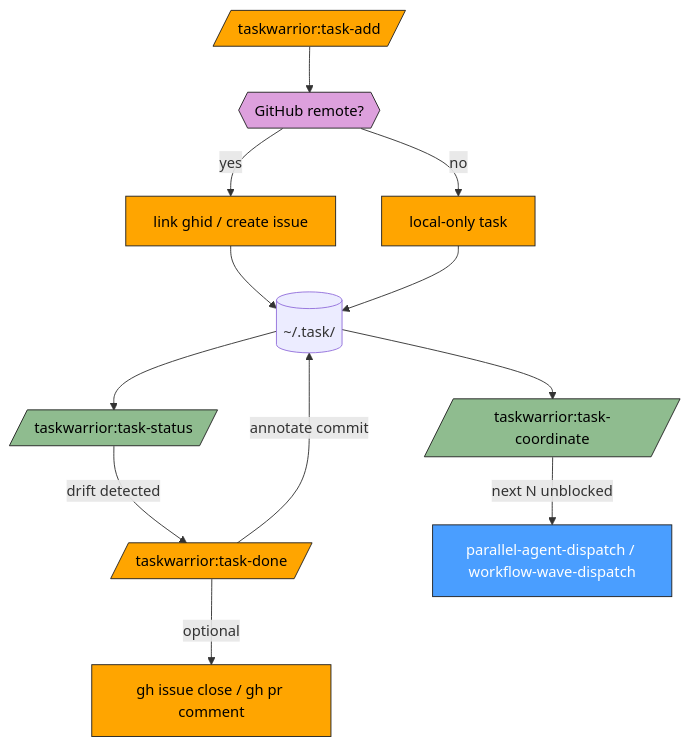
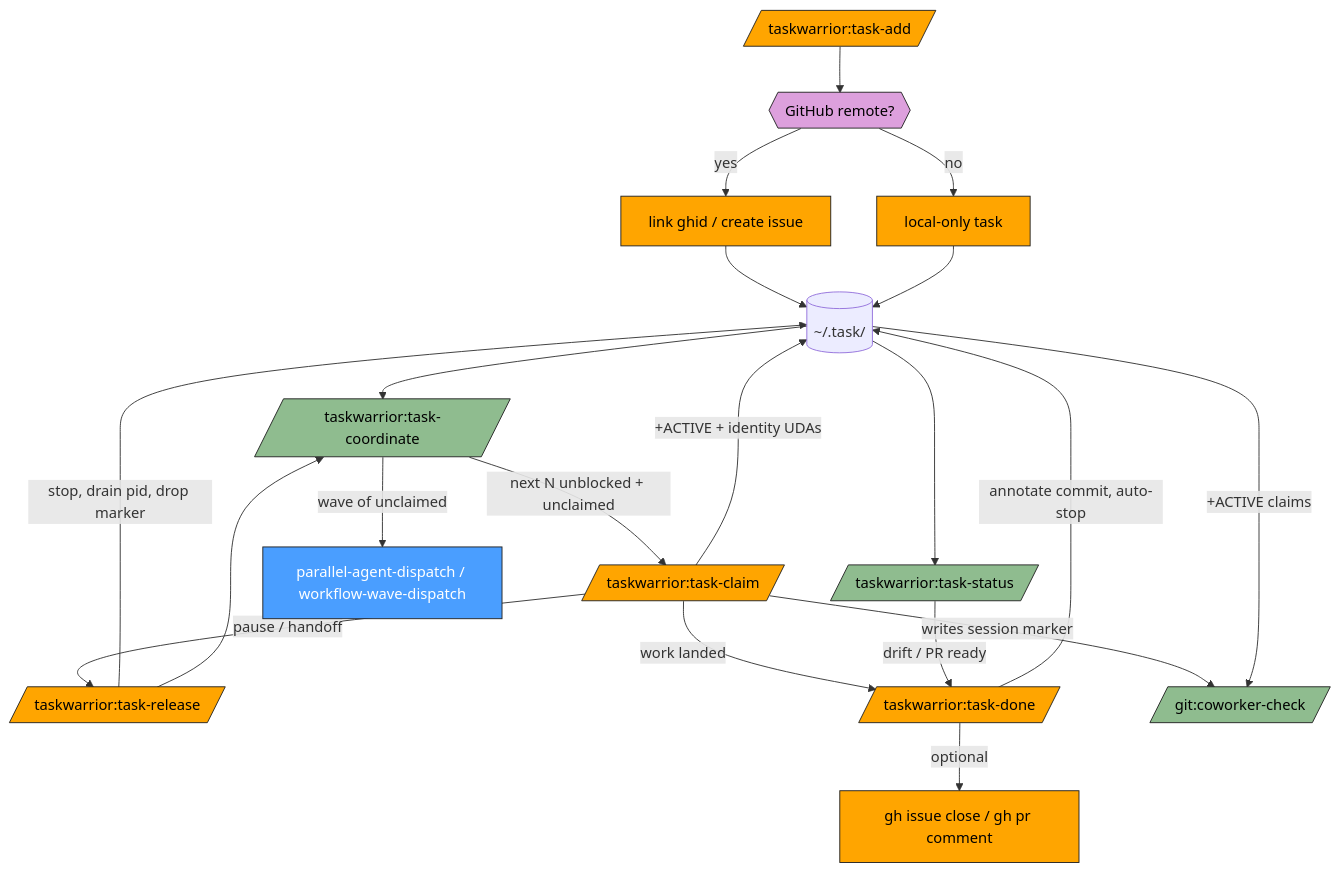
The diagram in taskwarrior-plugin/docs/flow.md (laurigates/claude-plugins), drawn with Mermaid before and after one commit. The commit also changed other lines of this file and 7 other files, not shown here.

First line of the commit message:
feat(taskwarrior-plugin): add task-claim and task-release for agent identity coordination

````diff
--- a/taskwarrior-plugin/docs/flow.md
+++ b/taskwarrior-plugin/docs/flow.md
@@ -5,29 +5,43 @@
 ```mermaid
 flowchart TD
     ADD[/taskwarrior:task-add/]:::fix
     STATUS[/taskwarrior:task-status/]:::check
     COORD[/taskwarrior:task-coordinate/]:::check
+    CLAIM[/taskwarrior:task-claim/]:::fix
+    RELEASE[/taskwarrior:task-release/]:::fix
     DONE[/taskwarrior:task-done/]:::fix
 
     GH{{GitHub remote?}}:::prompt
     STORE[(~/.task/)]
+    COWORKER[/git:coworker-check/]:::check
 
     ADD --> GH
     GH -->|yes| GHISSUE[link ghid / create issue]:::fix
     GH -->|no| LOCAL[local-only task]:::fix
     GHISSUE --> STORE
     LOCAL --> STORE
 
     STORE --> STATUS
     STORE --> COORD
-    COORD -->|next N unblocked| DISPATCH[parallel-agent-dispatch / workflow-wave-dispatch]:::router
+    COORD -->|next N unblocked + unclaimed| CLAIM
+    CLAIM -->|+ACTIVE + identity UDAs| STORE
+    CLAIM -->|writes session marker| COWORKER
 
-    STATUS -->|drift detected| DONE
-    DONE -->|annotate commit| STORE
+    STORE -->|+ACTIVE claims| COWORKER
+
+    CLAIM -->|pause / handoff| RELEASE
+    RELEASE -->|stop, drain pid, drop marker| STORE
+    RELEASE --> COORD
+
+    CLAIM -->|work landed| DONE
+    STATUS -->|drift / PR ready| DONE
+    DONE -->|annotate commit, auto-stop| STORE
     DONE -->|optional| CLOSEGH[gh issue close / gh pr comment]:::fix
+
+    COORD -->|wave of unclaimed| DISPATCH[parallel-agent-dispatch / workflow-wave-dispatch]:::router
 
     classDef router fill:#4a9eff,stroke:#222,color:#fff
     classDef check fill:#8fbc8f,stroke:#222,color:#000
     classDef fix fill:#ffa500,stroke:#222,color:#000
     classDef prompt fill:#dda0dd,stroke:#222,color:#000
 ```
````
